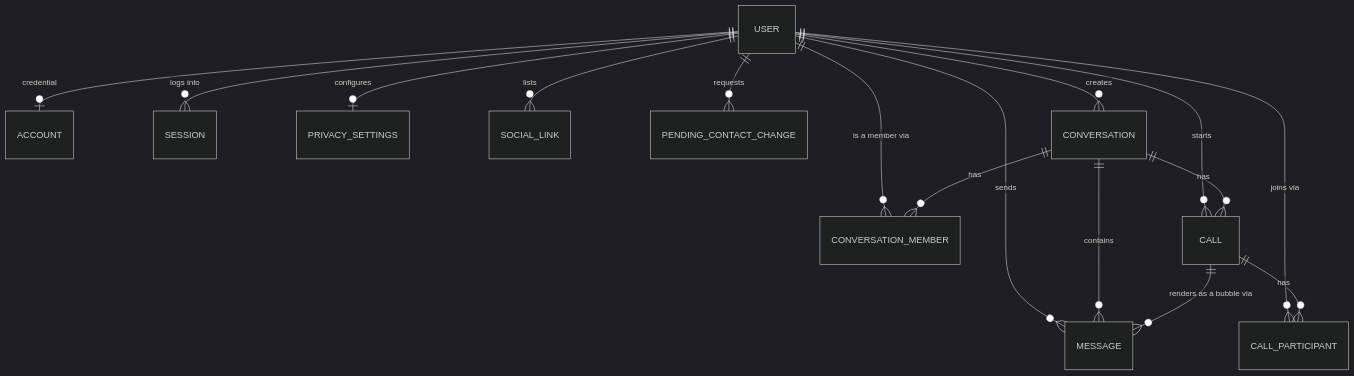
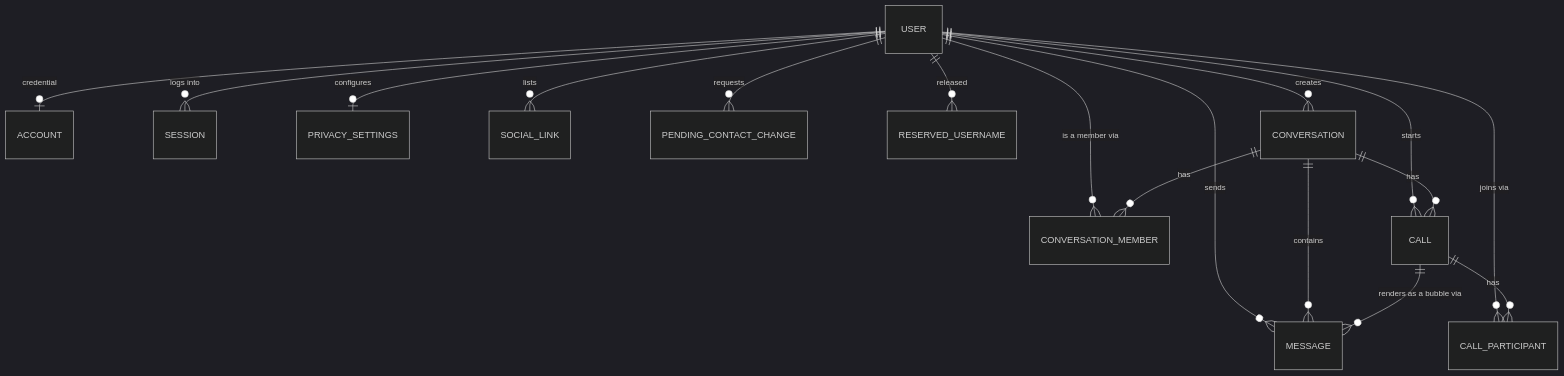
Before and after one commit to Naman830/deeperk: the diagram in Docs/database/schema.md, drawn with Mermaid (dark theme). The commit also changed other lines of this file and 8 other files, not shown here.

Commit message:
update db schema docs

````diff
--- a/Docs/database/schema.md
+++ b/Docs/database/schema.md
@@ -11,18 +11,19 @@
 ```mermaid
 erDiagram
     USER ||--o| ACCOUNT : "credential"
     USER ||--o{ SESSION : "logs into"
     USER ||--o| PRIVACY_SETTINGS : "configures"
     USER ||--o{ SOCIAL_LINK : "lists"
     USER ||--o{ PENDING_CONTACT_CHANGE : "requests"
+    USER ||--o{ RESERVED_USERNAME : "released"
     USER ||--o{ CONVERSATION : "creates"
     USER ||--o{ CONVERSATION_MEMBER : "is a member via"
     USER ||--o{ MESSAGE : "sends"
     USER ||--o{ CALL : "starts"
     USER ||--o{ CALL_PARTICIPANT : "joins via"
     CONVERSATION ||--o{ CONVERSATION_MEMBER : "has"
     CONVERSATION ||--o{ MESSAGE : "contains"
     CONVERSATION ||--o{ CALL : "has"
     CALL ||--o{ CALL_PARTICIPANT : "has"
     CALL ||--o{ MESSAGE : "renders as a bubble via"
 ```
````
